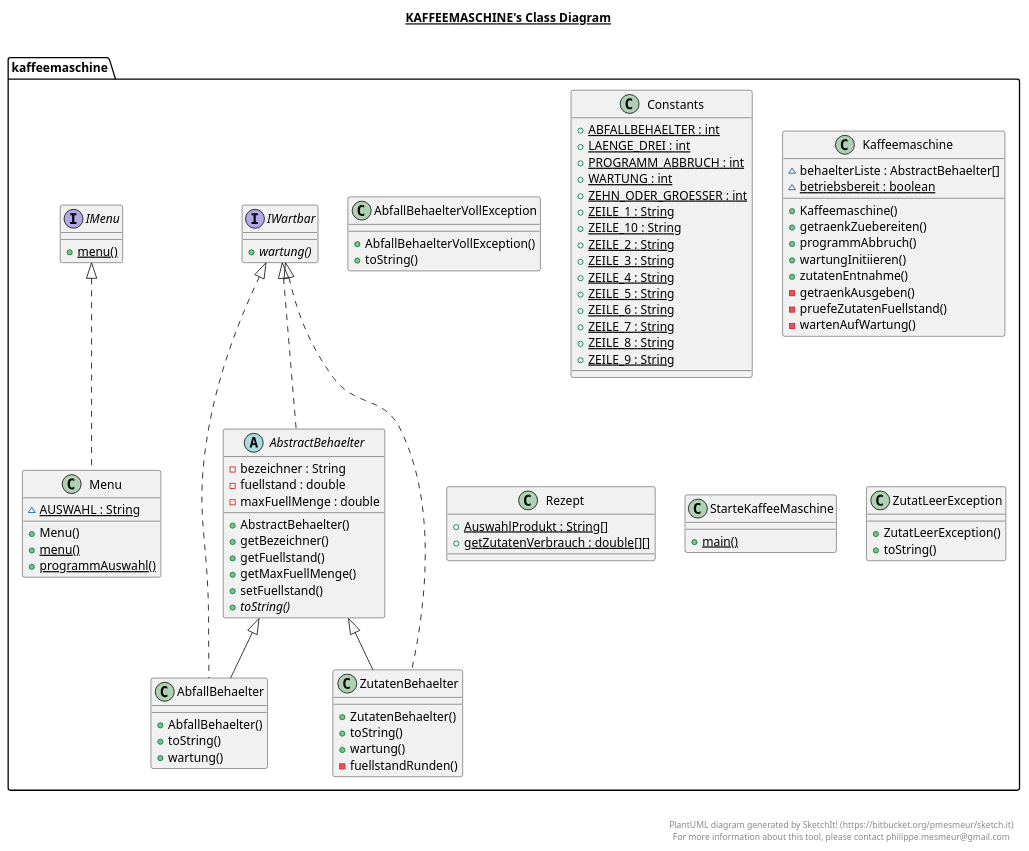
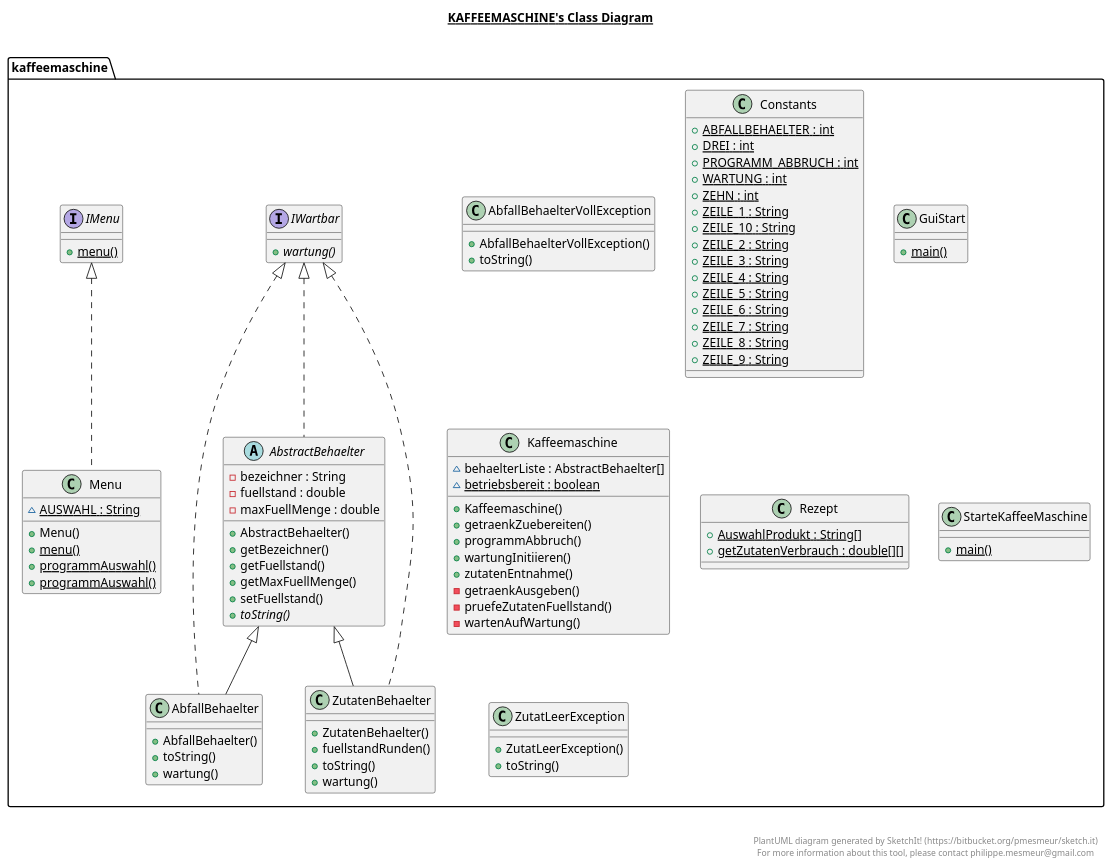
The diagram in src/kaffeemaschine/kaffeemaschine.plantuml (luzumi/KaffeeMaschine), drawn with PlantUML before and after one commit. The commit also changed 2 other files, not shown here.

```diff
--- a/src/kaffeemaschine/kaffeemaschine.plantuml
+++ b/src/kaffeemaschine/kaffeemaschine.plantuml
@@ -1,146 +1,154 @@
 @startuml
 
 title __KAFFEEMASCHINE's Class Diagram__\n
 
   namespace kaffeemaschine {
     class kaffeemaschine.AbfallBehaelter {
         + AbfallBehaelter()
         + toString()
         + wartung()
     }
   }
   
 
   namespace kaffeemaschine {
     class kaffeemaschine.AbfallBehaelterVollException {
         + AbfallBehaelterVollException()
         + toString()
     }
   }
   
 
   namespace kaffeemaschine {
     abstract class kaffeemaschine.AbstractBehaelter {
         - bezeichner : String
         - fuellstand : double
         - maxFuellMenge : double
         + AbstractBehaelter()
         + getBezeichner()
         + getFuellstand()
         + getMaxFuellMenge()
         + setFuellstand()
         {abstract} + toString()
     }
   }
   
 
   namespace kaffeemaschine {
     class kaffeemaschine.Constants {
         {static} + ABFALLBEHAELTER : int
-        {static} + LAENGE_DREI : int
+        {static} + DREI : int
         {static} + PROGRAMM_ABBRUCH : int
         {static} + WARTUNG : int
-        {static} + ZEHN_ODER_GROESSER : int
+        {static} + ZEHN : int
         {static} + ZEILE_1 : String
         {static} + ZEILE_10 : String
         {static} + ZEILE_2 : String
         {static} + ZEILE_3 : String
         {static} + ZEILE_4 : String
         {static} + ZEILE_5 : String
         {static} + ZEILE_6 : String
         {static} + ZEILE_7 : String
         {static} + ZEILE_8 : String
         {static} + ZEILE_9 : String
+    }
+  }
+  
+
+  namespace kaffeemaschine {
+    class kaffeemaschine.GuiStart {
+        {static} + main()
     }
   }
   
 
   namespace kaffeemaschine {
     interface kaffeemaschine.IMenu {
         {static} + menu()
     }
   }
   
 
   namespace kaffeemaschine {
     interface kaffeemaschine.IWartbar {
         {abstract} + wartung()
     }
   }
   
 
   namespace kaffeemaschine {
     class kaffeemaschine.Kaffeemaschine {
         ~ behaelterListe : AbstractBehaelter[]
         {static} ~ betriebsbereit : boolean
         + Kaffeemaschine()
         + getraenkZuebereiten()
         + programmAbbruch()
         + wartungInitiieren()
         + zutatenEntnahme()
         - getraenkAusgeben()
         - pruefeZutatenFuellstand()
         - wartenAufWartung()
     }
   }
   
 
   namespace kaffeemaschine {
     class kaffeemaschine.Menu {
         {static} ~ AUSWAHL : String
         + Menu()
         {static} + menu()
         {static} + programmAuswahl()
+        {static} + programmAuswahl()
     }
   }
   
 
   namespace kaffeemaschine {
     class kaffeemaschine.Rezept {
         {static} + AuswahlProdukt : String[]
         {static} + getZutatenVerbrauch : double[][]
     }
   }
   
 
   namespace kaffeemaschine {
     class kaffeemaschine.StarteKaffeeMaschine {
         {static} + main()
     }
   }
   
 
   namespace kaffeemaschine {
     class kaffeemaschine.ZutatLeerException {
         + ZutatLeerException()
         + toString()
     }
   }
   
 
   namespace kaffeemaschine {
     class kaffeemaschine.ZutatenBehaelter {
         + ZutatenBehaelter()
+        + fuellstandRunden()
         + toString()
         + wartung()
-        - fuellstandRunden()
     }
   }
   
 
   kaffeemaschine.AbfallBehaelter .up.|> kaffeemaschine.IWartbar
   kaffeemaschine.AbfallBehaelter -up-|> kaffeemaschine.AbstractBehaelter
   kaffeemaschine.AbstractBehaelter .up.|> kaffeemaschine.IWartbar
   kaffeemaschine.Menu .up.|> kaffeemaschine.IMenu
   kaffeemaschine.ZutatenBehaelter .up.|> kaffeemaschine.IWartbar
   kaffeemaschine.ZutatenBehaelter -up-|> kaffeemaschine.AbstractBehaelter
 
 
 right footer
 
 
 PlantUML diagram generated by SketchIt! (https://bitbucket.org/pmesmeur/sketch.it)
 For more information about this tool, please contact philippe.mesmeur@gmail.com
 endfooter
 
 @enduml
```
